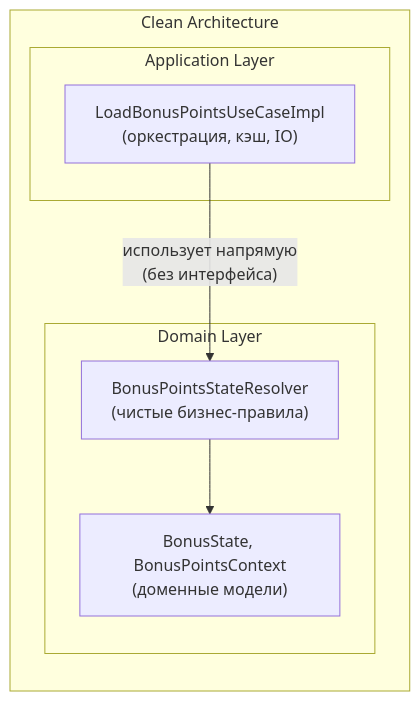
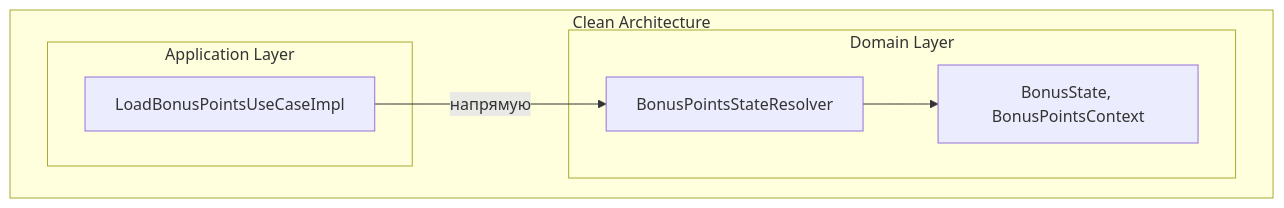
The sixth of 6 diagrams in README.md (z0rgoyok/clean-architecture-domain-service), drawn with Mermaid before and after one commit. The commit also changed other lines of this file, not shown here.

Commit message:
Refactor: remove duplicates, improve reasoning flow

````diff
--- a/README.md
+++ b/README.md
@@ -234,18 +228,16 @@
 ```mermaid
 graph TB
-    subgraph "Clean Architecture"
-        direction TB
-
-        subgraph "Application Layer"
-            UC["LoadBonusPointsUseCaseImpl<br/>(оркестрация, кэш, IO)"]
+    subgraph CA["Clean Architecture"]
+        subgraph AL["Application Layer"]
+            UC["LoadBonusPointsUseCaseImpl"]
         end
 
-        subgraph "Domain Layer"
-            DS["BonusPointsStateResolver<br/>(чистые бизнес-правила)"]
-            E["BonusState, BonusPointsContext<br/>(доменные модели)"]
+        subgraph DL["Domain Layer"]
+            DS["BonusPointsStateResolver"]
+            E["BonusState, BonusPointsContext"]
         end
 
-        UC -->|"использует напрямую<br/>(без интерфейса)"| DS
+        UC -->|"напрямую"| DS
         DS --> E
     end
 ```
````
